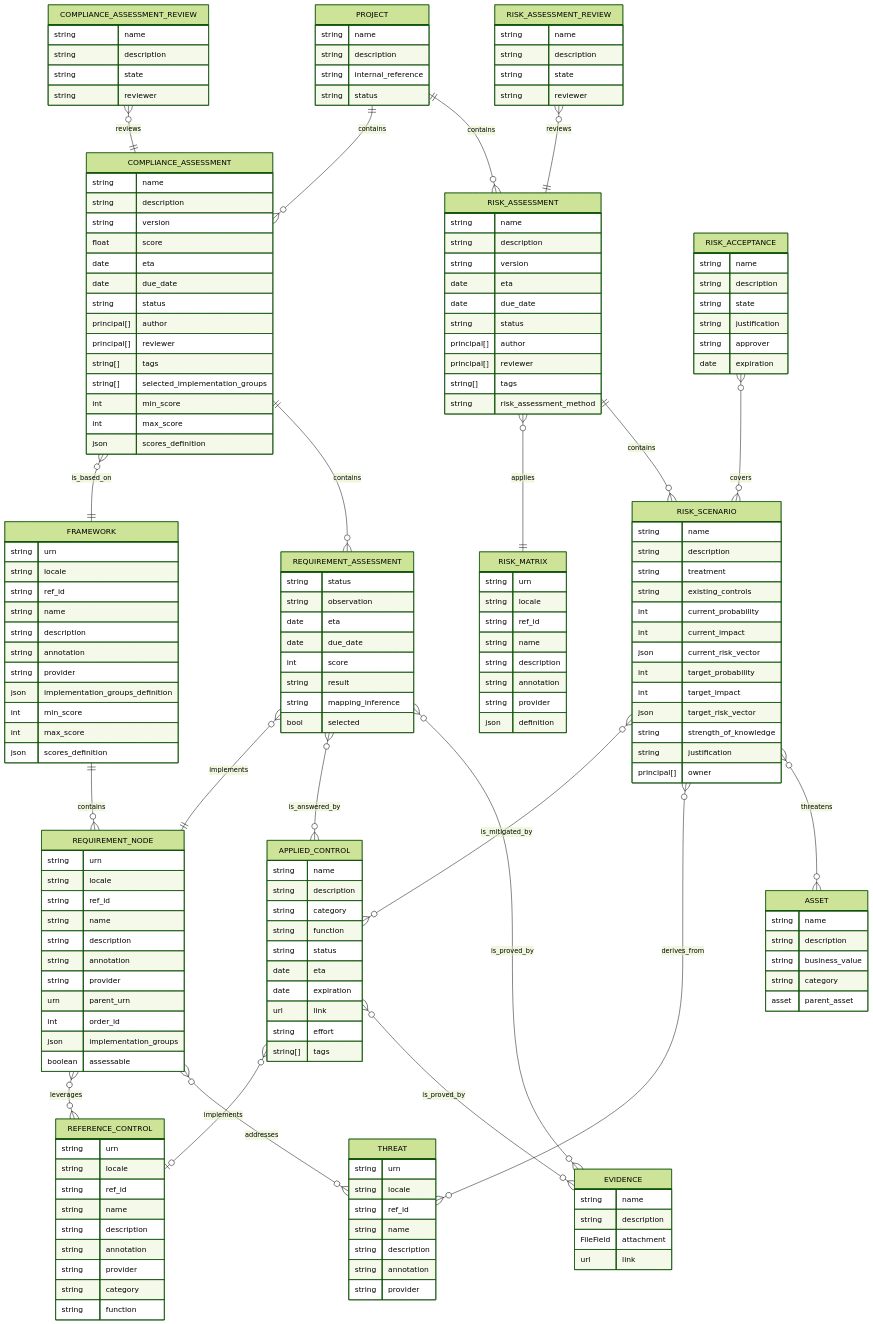
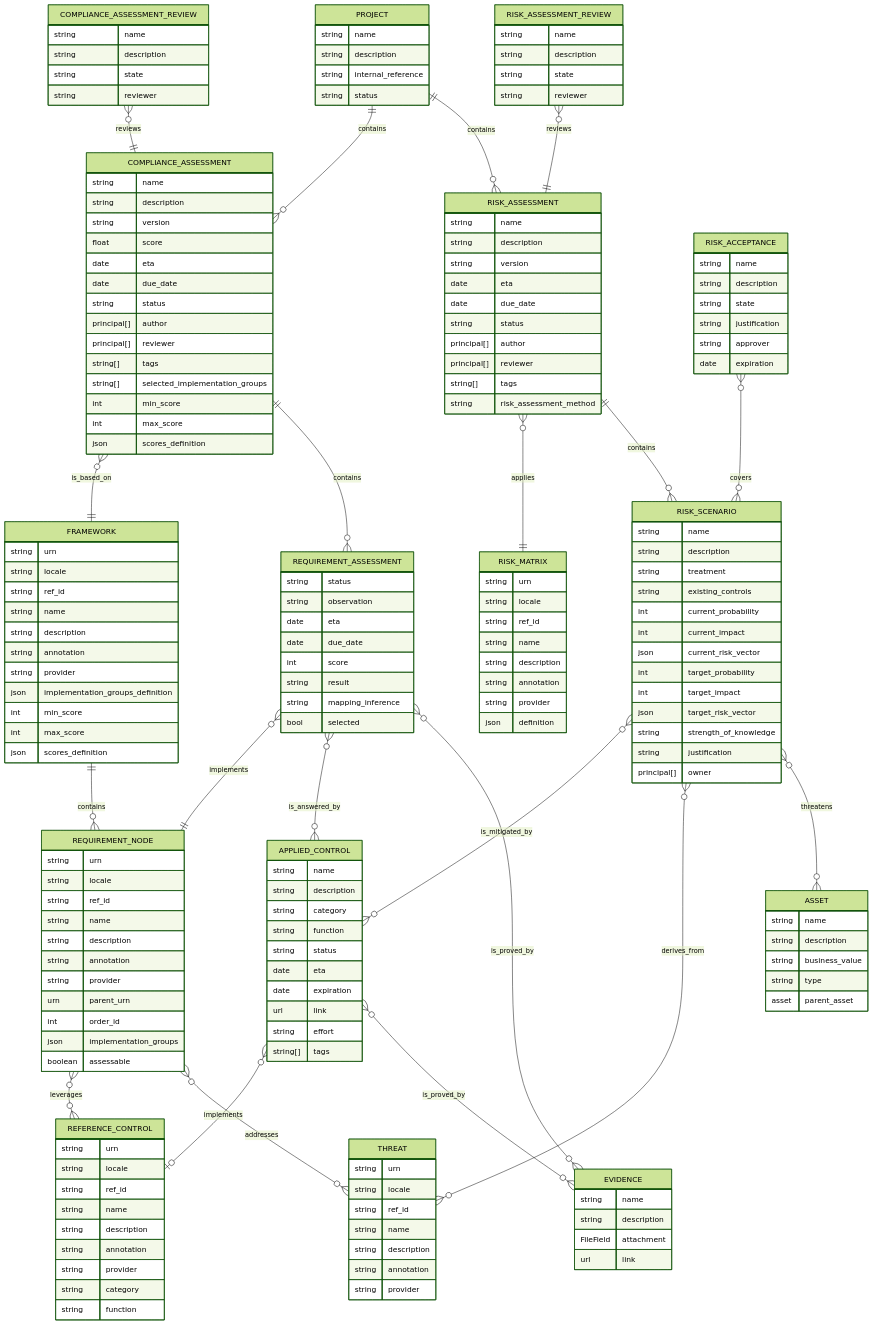
The fourth of 7 diagrams in documentation/architecture/data-model.md (intuitem/ciso-assistant-community), drawn with Mermaid (forest theme) before and after one commit. The commit also changed other lines of this file, not shown here.

Commit message:
Update data-model.md
adjust to implementation

```diff
--- a/documentation/architecture/data-model.md
+++ b/documentation/architecture/data-model.md
@@ -254,7 +254,7 @@
         string description
 
         string business_value
-        string category
+        string type
         asset  parent_asset
     }
 
```
